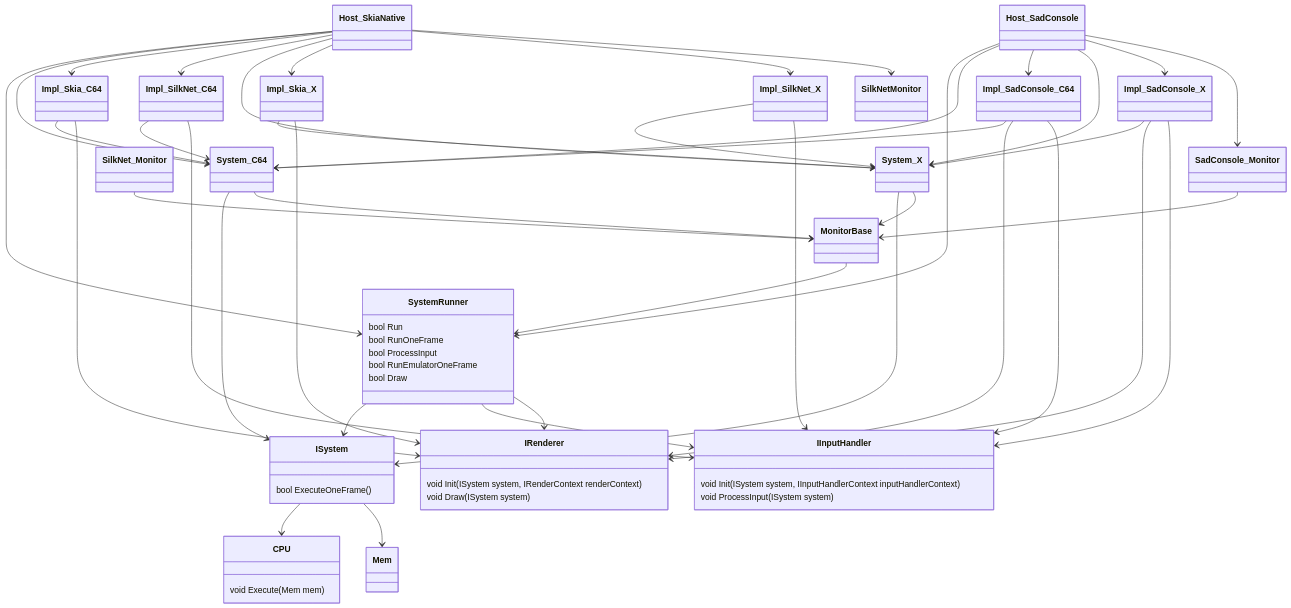
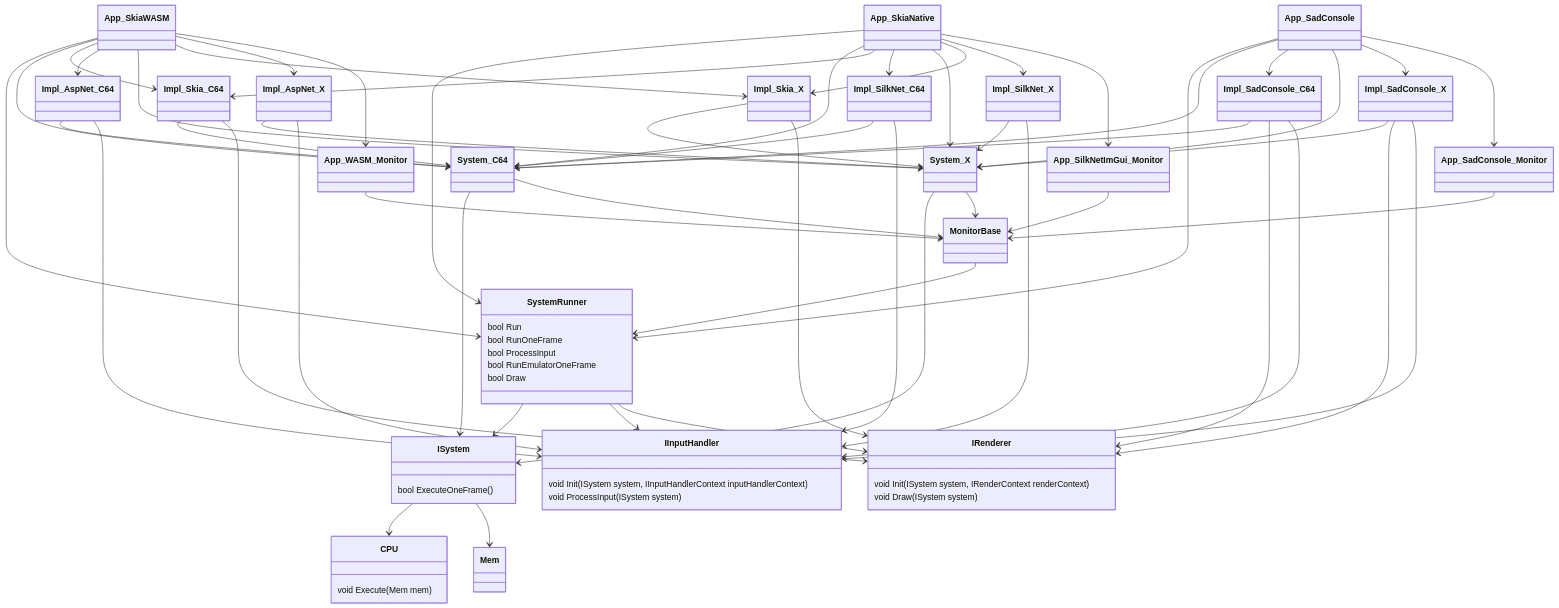
Before and after one commit to highbyte/dotnet-6502: the first of 2 diagrams in SYSYEM_DIAGRAM.md, drawn with Mermaid. The commit also changed 55 other files, not shown here.

Commit message:
Reorganize assembler test code. Move/rename SadConsole example as Highbyte.DotNet6502.App.SadConsole.

````diff
--- a/SYSYEM_DIAGRAM.md
+++ b/SYSYEM_DIAGRAM.md
@@ -1,25 +1,36 @@
 ```mermaid
 classDiagram
 
-Host_SkiaNative
-Host_SkiaNative --> SystemRunner
-Host_SkiaNative --> System_C64
-Host_SkiaNative --> Impl_Skia_C64
-Host_SkiaNative --> Impl_SilkNet_C64
-Host_SkiaNative --> System_X
-Host_SkiaNative --> Impl_Skia_X
-Host_SkiaNative --> Impl_SilkNet_X
-Host_SkiaNative --> SilkNetMonitor
-SilkNet_Monitor --> MonitorBase
+App_SkiaWASM
+App_SkiaWASM --> SystemRunner
+App_SkiaWASM --> System_C64
+App_SkiaWASM --> Impl_Skia_C64
+App_SkiaWASM --> Impl_AspNet_C64
+App_SkiaWASM --> System_X
+App_SkiaWASM --> Impl_Skia_X
+App_SkiaWASM --> Impl_AspNet_X
+App_SkiaWASM --> App_WASM_Monitor
+App_WASM_Monitor --> MonitorBase
 
-Host_SadConsole
-Host_SadConsole --> SystemRunner
-Host_SadConsole --> System_C64
-Host_SadConsole --> Impl_SadConsole_C64
-Host_SadConsole --> System_X
-Host_SadConsole --> Impl_SadConsole_X
-Host_SadConsole --> SadConsole_Monitor
-SadConsole_Monitor --> MonitorBase
+App_SkiaNative
+App_SkiaNative --> SystemRunner
+App_SkiaNative --> System_C64
+App_SkiaNative --> Impl_Skia_C64
+App_SkiaNative --> Impl_SilkNet_C64
+App_SkiaNative --> System_X
+App_SkiaNative --> Impl_Skia_X
+App_SkiaNative --> Impl_SilkNet_X
+App_SkiaNative --> App_SilkNetImGui_Monitor
+App_SilkNetImGui_Monitor --> MonitorBase
+
+App_SadConsole
+App_SadConsole --> SystemRunner
+App_SadConsole --> System_C64
+App_SadConsole --> Impl_SadConsole_C64
+App_SadConsole --> System_X
+App_SadConsole --> Impl_SadConsole_X
+App_SadConsole --> App_SadConsole_Monitor
+App_SadConsole_Monitor --> MonitorBase
 
 Impl_Skia_C64
 Impl_Skia_C64 --> System_C64
@@ -36,6 +47,14 @@
 Impl_SilkNet_X
 Impl_SilkNet_X --> System_X
 Impl_SilkNet_X --> IInputHandler
+
+Impl_AspNet_C64
+Impl_AspNet_C64 --> System_C64
+Impl_AspNet_C64 --> IInputHandler
+
+Impl_AspNet_X
+Impl_AspNet_X --> System_X
+Impl_AspNet_X --> IInputHandler
 
 Impl_SadConsole_C64
 Impl_SadConsole_C64 --> System_C64
````
